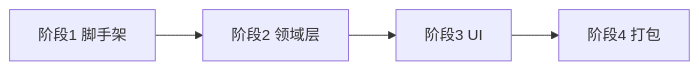
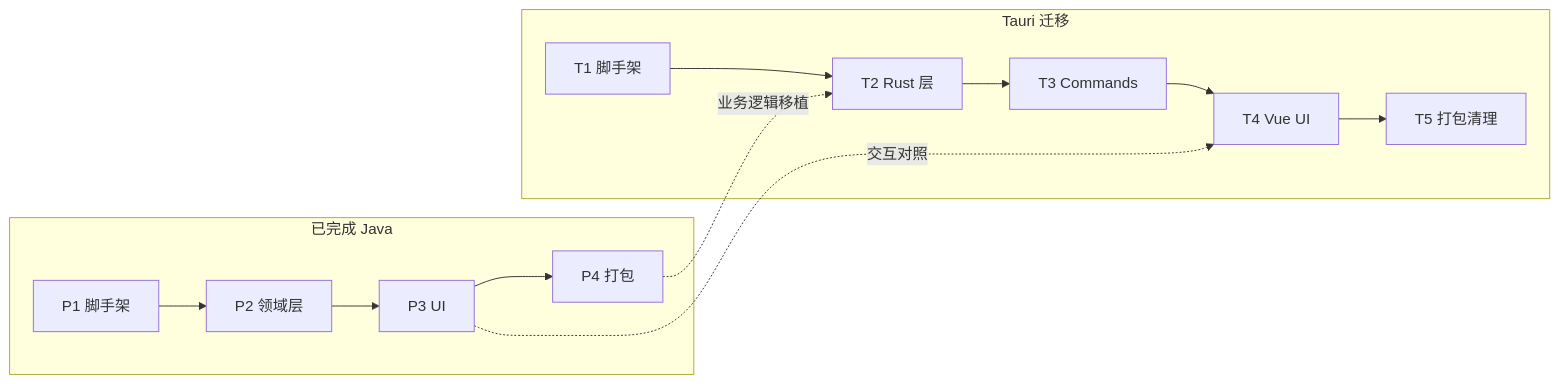
Before and after one commit to tutuxu/workOrder: the first of 2 diagrams in plan/实现计划.md, drawn with Mermaid. The commit also changed other lines of this file and 128 other files, not shown here.

Commit message:
将桌面端从 Spring Boot + Vaadin 迁移至 Tauri 2 + Vue 3 + Rust，以降低启动开销并保留 SQLite 数据兼容。

````diff
--- a/plan/实现计划.md
+++ b/plan/实现计划.md
@@ -20,6 +39,16 @@
 ```mermaid
 flowchart LR
-    P1[阶段1 脚手架] --> P2[阶段2 领域层]
-    P2 --> P3[阶段3 UI]
-    P3 --> P4[阶段4 打包]
+    subgraph done [已完成 Java]
+        P1[P1 脚手架] --> P2[P2 领域层]
+        P2 --> P3[P3 UI]
+        P3 --> P4[P4 打包]
+    end
+    subgraph tauri [Tauri 迁移]
+        T1[T1 脚手架] --> T2[T2 Rust 层]
+        T2 --> T3[T3 Commands]
+        T3 --> T4[T4 Vue UI]
+        T4 --> T5[T5 打包清理]
+    end
+    P4 -.->|业务逻辑移植| T2
+    P3 -.->|交互对照| T4
 ```
````
